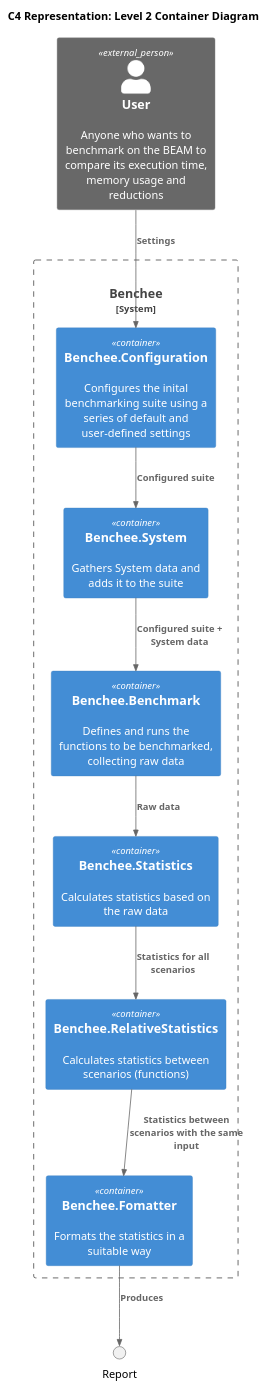
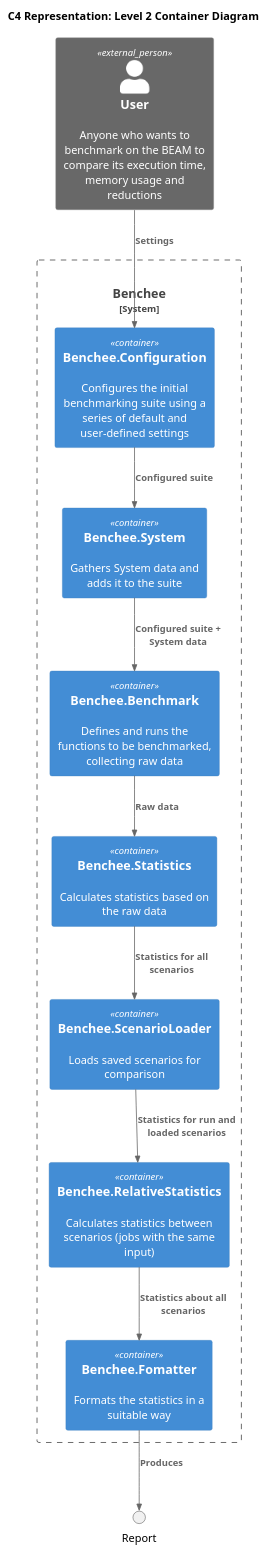
One commit to bencheeorg/benchee changed the diagram in diagrams/container.pu. Above: the diagram before and after it, drawn with PlantUML.

Commit message:
apply component fixes to container diagram

```diff
--- a/diagrams/container.pu
+++ b/diagrams/container.pu
@@ -1,27 +1,29 @@
 @startuml container
 !include <C4/C4_Container>
 !include <C4/C4_Component>
 
 title C4 Representation: Level 2 Container Diagram
 
 Person_Ext(User, "User", "Anyone who wants to benchmark on the BEAM to compare its execution time, memory usage and reductions")
 
 System_Boundary(Benchee, "Benchee", "A microbenchmarking tool for Elixir") {
-    Container(Config, "Benchee.Configuration", "", "Configures the inital benchmarking suite using a series of default and user-defined settings")
+    Container(Config, "Benchee.Configuration", "", "Configures the initial benchmarking suite using a series of default and user-defined settings")
     Container(System, "Benchee.System", "", "Gathers System data and adds it to the suite")
     Container(Benchmark, "Benchee.Benchmark", "", "Defines and runs the functions to be benchmarked, collecting raw data")
     Container(Statistics, "Benchee.Statistics", "", "Calculates statistics based on the raw data")
-    Container(RelativeStatistics, "Benchee.RelativeStatistics", "", "Calculates statistics between scenarios (functions)")
+    Container(RelativeStatistics, "Benchee.RelativeStatistics", "", "Calculates statistics between scenarios (jobs with the same input)")
+    Container(ScenarioLoader, "Benchee.ScenarioLoader", "", "Loads saved scenarios for comparison")
     Container(Output, "Benchee.Fomatter", "", "Formats the statistics in a suitable way")
 }
 
 Rel(User, Config, "Settings")
 
 Rel(Config, System, "Configured suite")
 Rel(System, Benchmark, "Configured suite + System data")
 Rel(Benchmark, Statistics, "Raw data")
-Rel(Statistics, RelativeStatistics, "Statistics for all scenarios")
-Rel(RelativeStatistics, Output, "Statistics between scenarios with the same input")
+Rel(Statistics, ScenarioLoader, "Statistics for all scenarios")
+Rel(ScenarioLoader, RelativeStatistics, "Statistics for run and loaded scenarios")
+Rel(RelativeStatistics, Output, "Statistics about all scenarios")
 
 Rel(Output, Report, "Produces")
 @enduml
```
